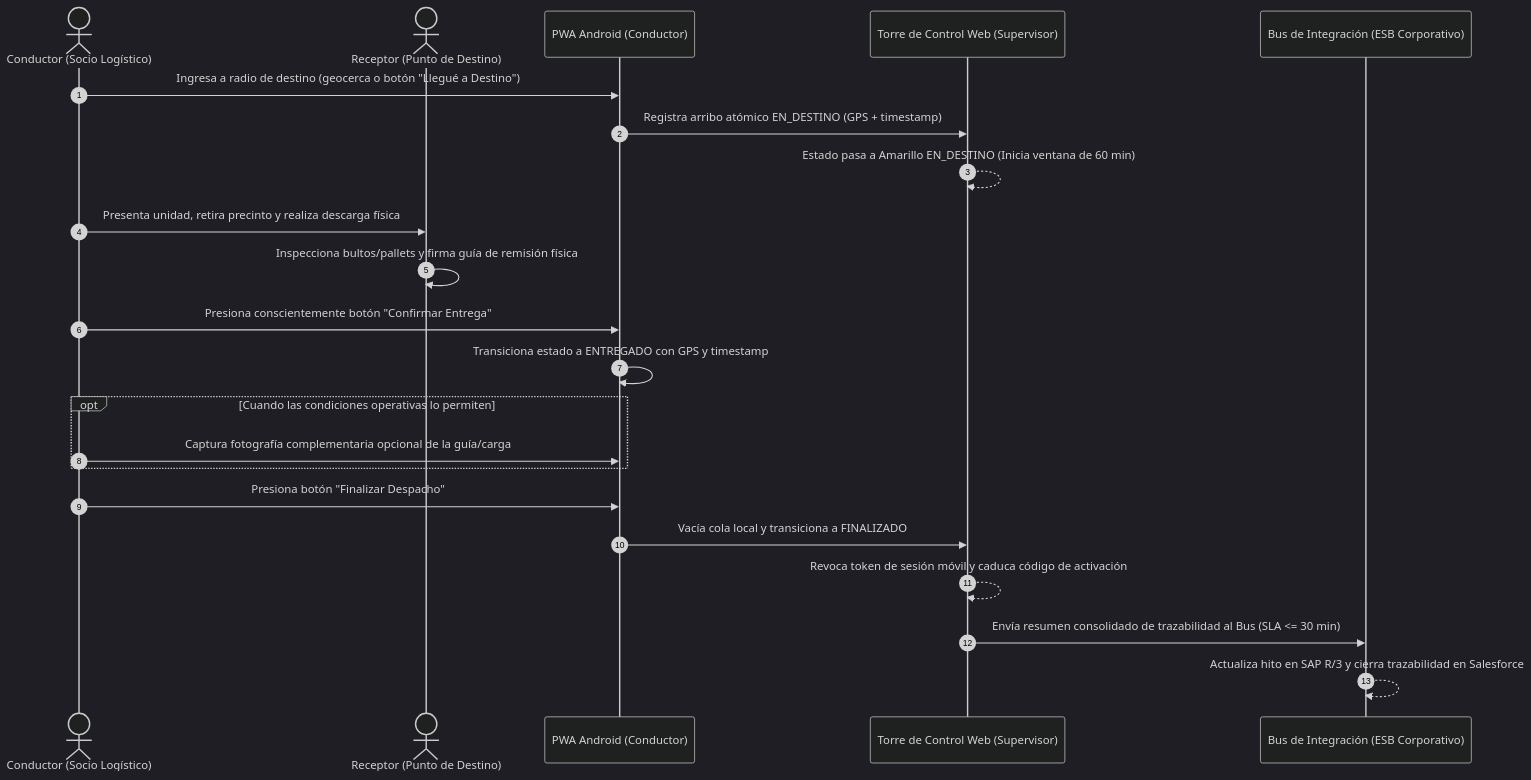
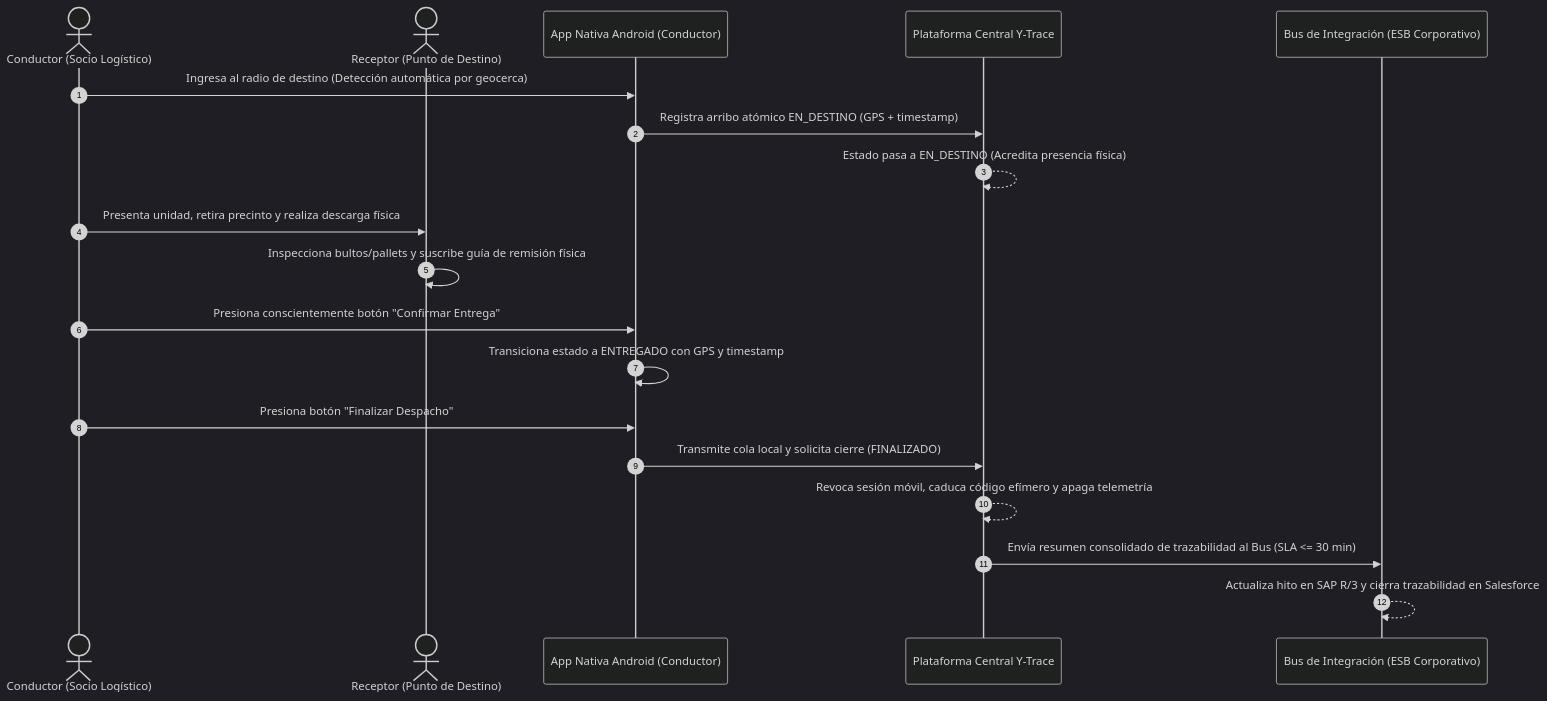
The second of 2 diagrams in Diagrama de Casos de Uso del Negocio (CUN)/05_CUN_04_ENTREGA_Y_RECEPCION_DESTINO.md (SaraviaH/arq-emp), drawn with Mermaid (dark theme) before and after one commit. The commit also changed other lines of this file and 49 other files, not shown here.

````diff
--- a/Diagrama de Casos de Uso del Negocio (CUN)/05_CUN_04_ENTREGA_Y_RECEPCION_DESTINO.md
+++ b/Diagrama de Casos de Uso del Negocio (CUN)/05_CUN_04_ENTREGA_Y_RECEPCION_DESTINO.md
@@ -58,25 +55,22 @@
 ```mermaid
 sequenceDiagram
     autonumber
     actor COND as Conductor (Socio Logístico)
     actor REC as Receptor (Punto de Destino)
-    participant APP as PWA Android (Conductor)
-    participant TORRE as Torre de Control Web (Supervisor)
+    participant APP as App Nativa Android (Conductor)
+    participant TORRE as Plataforma Central Y-Trace
     participant BUS as Bus de Integración (ESB Corporativo)
 
-    COND->>APP: Ingresa a radio de destino (geocerca o botón "Llegué a Destino")
+    COND->>APP: Ingresa al radio de destino (Detección automática por geocerca)
     APP->>TORRE: Registra arribo atómico EN_DESTINO (GPS + timestamp)
-    TORRE-->>TORRE: Estado pasa a Amarillo EN_DESTINO (Inicia ventana de 60 min)
+    TORRE-->>TORRE: Estado pasa a EN_DESTINO (Acredita presencia física)
     COND->>REC: Presenta unidad, retira precinto y realiza descarga física
-    REC->>REC: Inspecciona bultos/pallets y firma guía de remisión física
+    REC->>REC: Inspecciona bultos/pallets y suscribe guía de remisión física
     COND->>APP: Presiona conscientemente botón "Confirmar Entrega"
     APP->>APP: Transiciona estado a ENTREGADO con GPS y timestamp
-    opt Cuando las condiciones operativas lo permiten
-        COND->>APP: Captura fotografía complementaria opcional de la guía/carga
-    end
     COND->>APP: Presiona botón "Finalizar Despacho"
-    APP->>TORRE: Vacía cola local y transiciona a FINALIZADO
-    TORRE-->>TORRE: Revoca token de sesión móvil y caduca código de activación
+    APP->>TORRE: Transmite cola local y solicita cierre (FINALIZADO)
+    TORRE-->>TORRE: Revoca sesión móvil, caduca código efímero y apaga telemetría
     TORRE->>BUS: Envía resumen consolidado de trazabilidad al Bus (SLA <= 30 min)
     BUS-->>BUS: Actualiza hito en SAP R/3 y cierra trazabilidad en Salesforce
 ```
````
